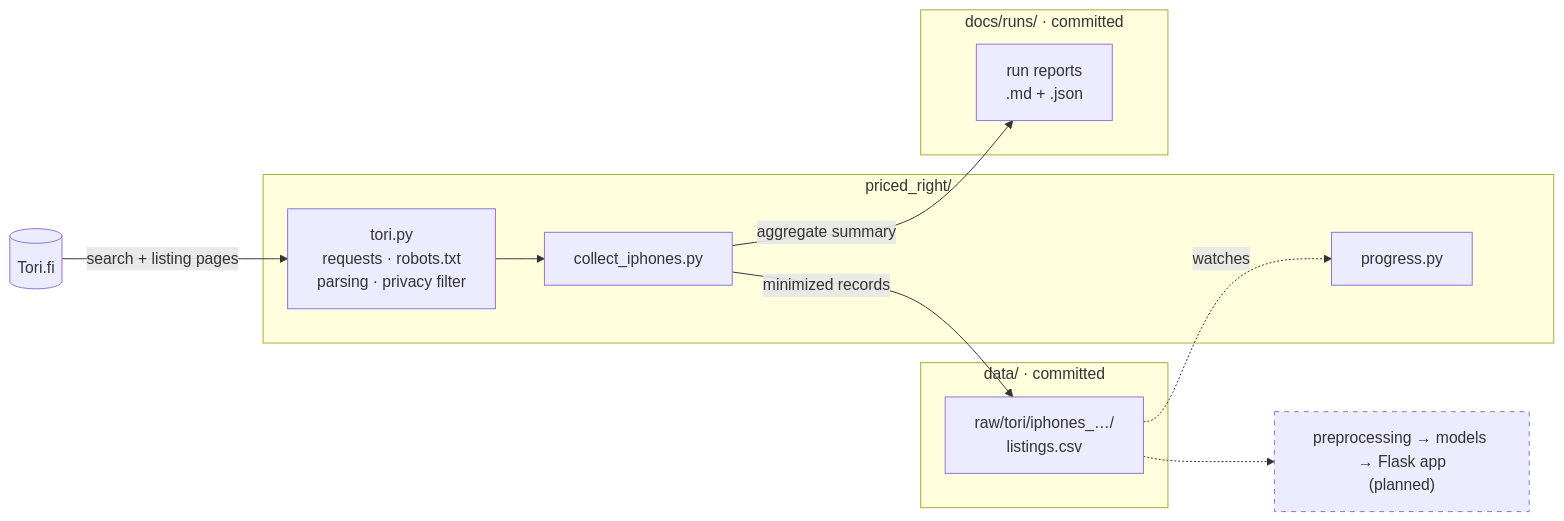
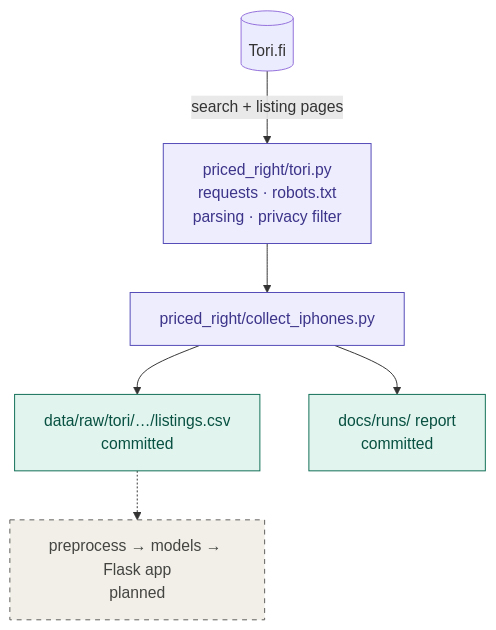
One commit to HashirSalam/priced-right changed the second of 2 diagrams in README.md. Above: the diagram before and after it, drawn with Mermaid. The commit also changed other lines of this file, not shown here.

Commit message:
Make README diagrams readable on GitHub
Link the roadmap columns instead of nodes so each column stays top-down,
and redraw the structure diagram as a short top-down flow.

````diff
--- a/README.md
+++ b/README.md
@@ -146,30 +146,15 @@
 ```mermaid
-flowchart LR
-    tori[("Tori.fi")]
+flowchart TB
+    tori[("Tori.fi")] -->|search + listing pages| client["priced_right/tori.py<br/>requests · robots.txt<br/>parsing · privacy filter"]
+    client --> collect["priced_right/collect_iphones.py"]
+    collect --> raw["data/raw/tori/…/listings.csv<br/>committed"]
+    collect --> reports["docs/runs/ report<br/>committed"]
+    raw -.-> planned["preprocess → models → Flask app<br/>planned"]
 
-    subgraph pkg["priced_right/"]
-        client["tori.py<br/>requests · robots.txt<br/>parsing · privacy filter"]
-        collect["collect_iphones.py"]
-        progress["progress.py"]
-    end
-
-    subgraph datadir["data/ · committed"]
-        raw["raw/tori/iphones_…/<br/>listings.csv"]
-    end
-
-    subgraph runs["docs/runs/ · committed"]
-        reports["run reports<br/>.md + .json"]
-    end
-
-    planned["preprocessing → models → Flask app<br/>(planned)"]
-
-    tori -- "search + listing pages" --> client
-    client --> collect
-    collect -- "minimized records" --> raw
-    collect -- "aggregate summary" --> reports
-    raw -. "watches" .-> progress
-    raw -.-> planned
-
-    classDef todo stroke-dasharray: 5 5
+    classDef code fill:#EEEDFE,stroke:#534AB7,color:#3C3489
+    classDef data fill:#E1F5EE,stroke:#0F6E56,color:#085041
+    classDef todo fill:#F1EFE8,stroke:#5F5E5A,color:#444441,stroke-dasharray: 5 5
+    class client,collect code
+    class raw,reports data
     class planned todo
 ```
````
